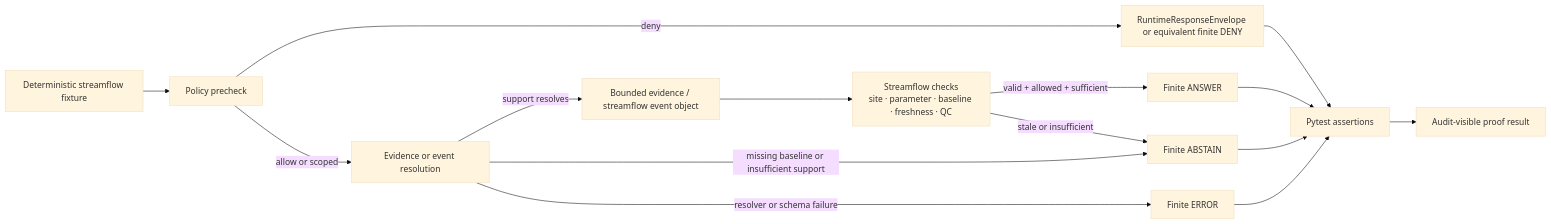
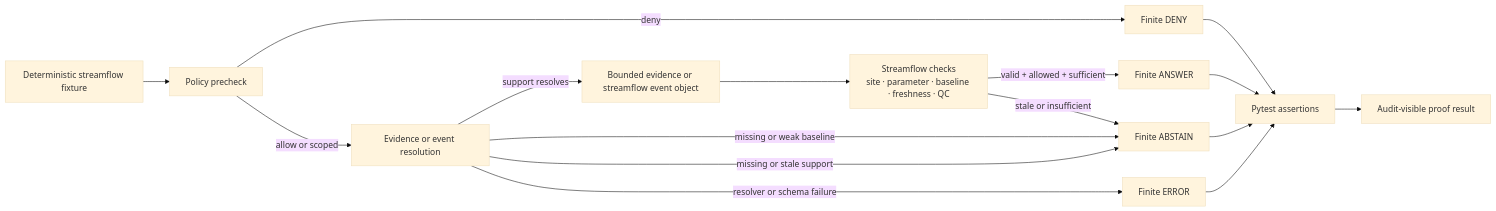
Before and after one commit to bartytime4life/Kansas-Frontier-Matrix: the diagram in tests/e2e/runtime_proof/hydrology/streamflow/README.md, drawn with Mermaid (base theme). The commit also changed other lines of this file, not shown here.

First line of the commit message:
Revise README for streamflow runtime-proof details

````diff
--- a/tests/e2e/runtime_proof/hydrology/streamflow/README.md
+++ b/tests/e2e/runtime_proof/hydrology/streamflow/README.md
@@ -232,17 +254,18 @@
 ```mermaid
 flowchart LR
   A[Deterministic streamflow fixture] --> B[Policy precheck]
-  B -->|deny| DNY[RuntimeResponseEnvelope or equivalent finite DENY]
+  B -->|deny| DNY[Finite DENY]
   B -->|allow or scoped| C[Evidence or event resolution]
-  C -->|support resolves| D[Bounded evidence / streamflow event object]
-  C -->|missing baseline or insufficient support| ABS[Finite ABSTAIN]
+  C -->|support resolves| D[Bounded evidence or streamflow event object]
+  C -->|missing or weak baseline| ABS[Finite ABSTAIN]
+  C -->|missing or stale support| ABS
   C -->|resolver or schema failure| ERR[Finite ERROR]
   D --> E[Streamflow checks<br/>site · parameter · baseline · freshness · QC]
   E -->|valid + allowed + sufficient| ANS[Finite ANSWER]
   E -->|stale or insufficient| ABS
   ANS --> T[Pytest assertions]
   ABS --> T
   DNY --> T
   ERR --> T
   T --> R[Audit-visible proof result]
 ```
````
